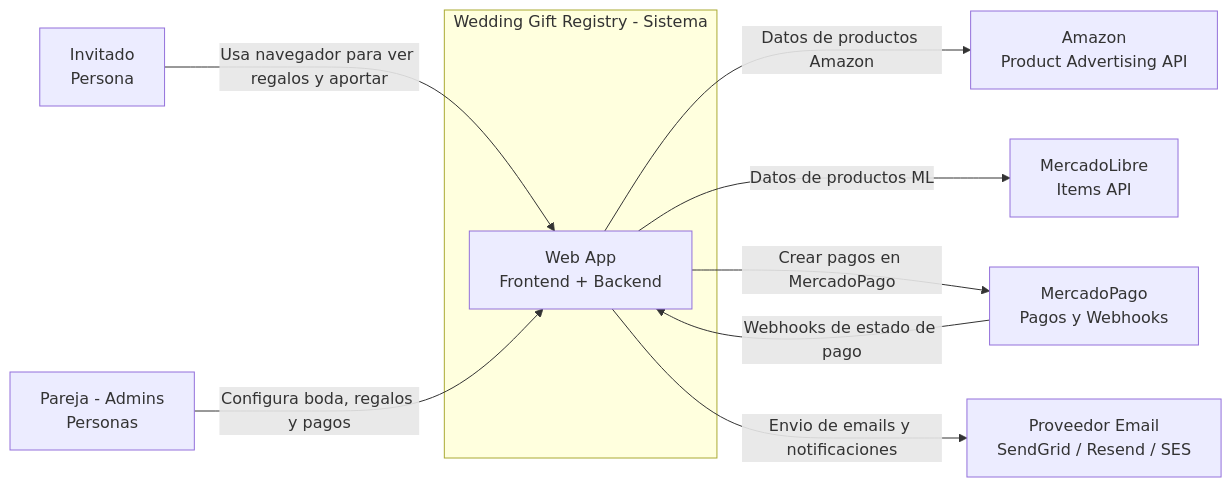
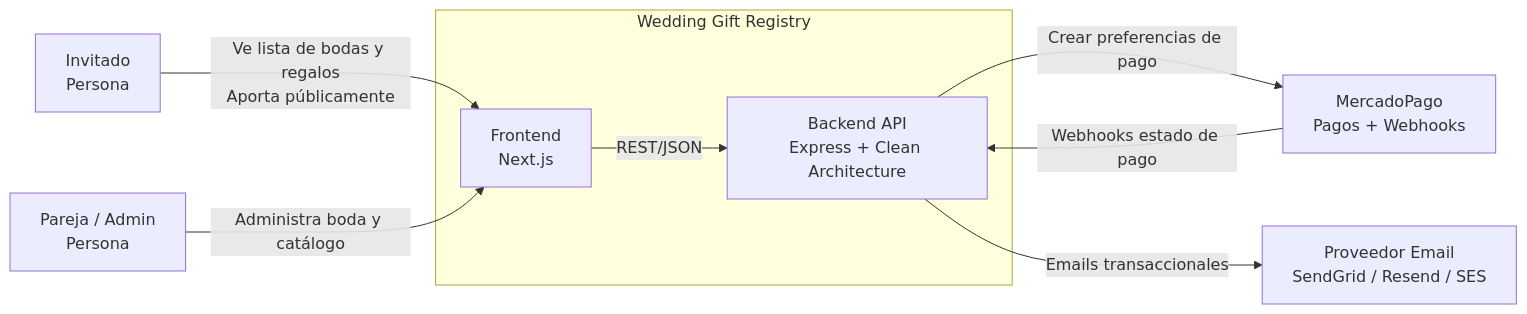
The diagram in docs/c1-contexto.md (jagoss/wedding-gifts), drawn with Mermaid before and after one commit. The commit also changed 3 other files, not shown here.

Commit message:
Refactor architecture diagrams for clarity and consistency. Updated terminology in flowcharts, improved descriptions of components, and added missing use cases for contributions and payments. Enhanced documentation structure to better reflect the Clean Architecture principles.

````diff
--- a/docs/c1-contexto.md
+++ b/docs/c1-contexto.md
@@ -3,29 +3,26 @@
 ```mermaid
 flowchart LR
     %% Personas
     Guest[Invitado\nPersona]
-    Couple[Pareja - Admins\nPersonas]
+    Couple[Pareja / Admin\nPersona]
 
-    %% Sistema
-    subgraph System["Wedding Gift Registry - Sistema"]
-        WebApp[Web App\nFrontend + Backend]
+    %% Sistema principal
+    subgraph WeddingApp["Wedding Gift Registry"]
+        FE[Frontend\nNext.js]
+        API[Backend API\nExpress + Clean Architecture]
     end
 
     %% Sistemas externos
-    Amazon[Amazon\nProduct Advertising API]
-    ML[MercadoLibre\nItems API]
-    MPago[MercadoPago\nPagos y Webhooks]
+    MPago[MercadoPago\nPagos + Webhooks]
     Email[Proveedor Email\nSendGrid / Resend / SES]
 
-    %% Relaciones
-    Guest -->|Usa navegador para ver regalos y aportar| WebApp
-    Couple -->|Configura boda, regalos y pagos| WebApp
+    %% Relaciones principales
+    Guest -->|Ve lista de bodas y regalos\nAporta públicamente| FE
+    Couple -->|Administra boda y catálogo| FE
+    FE -->|REST/JSON| API
 
-    WebApp -->|Datos de productos Amazon| Amazon
-    WebApp -->|Datos de productos ML| ML
-
-    WebApp -->|Crear pagos en MercadoPago| MPago
-    MPago -->|Webhooks de estado de pago| WebApp
-
-    WebApp -->|Envio de emails y notificaciones| Email
+    %% Integraciones backend
+    API -->|Crear preferencias de pago| MPago
+    MPago -->|Webhooks estado de pago| API
+    API -->|Emails transaccionales| Email
 ```
````
